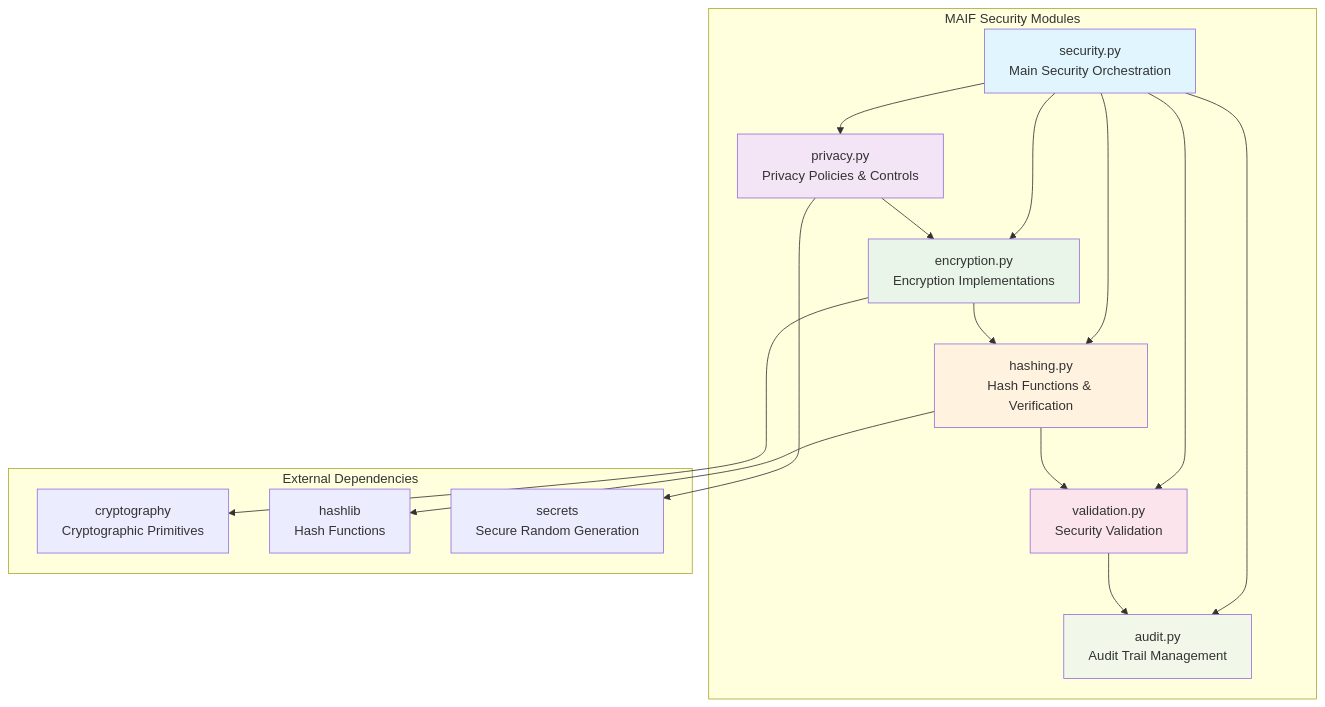
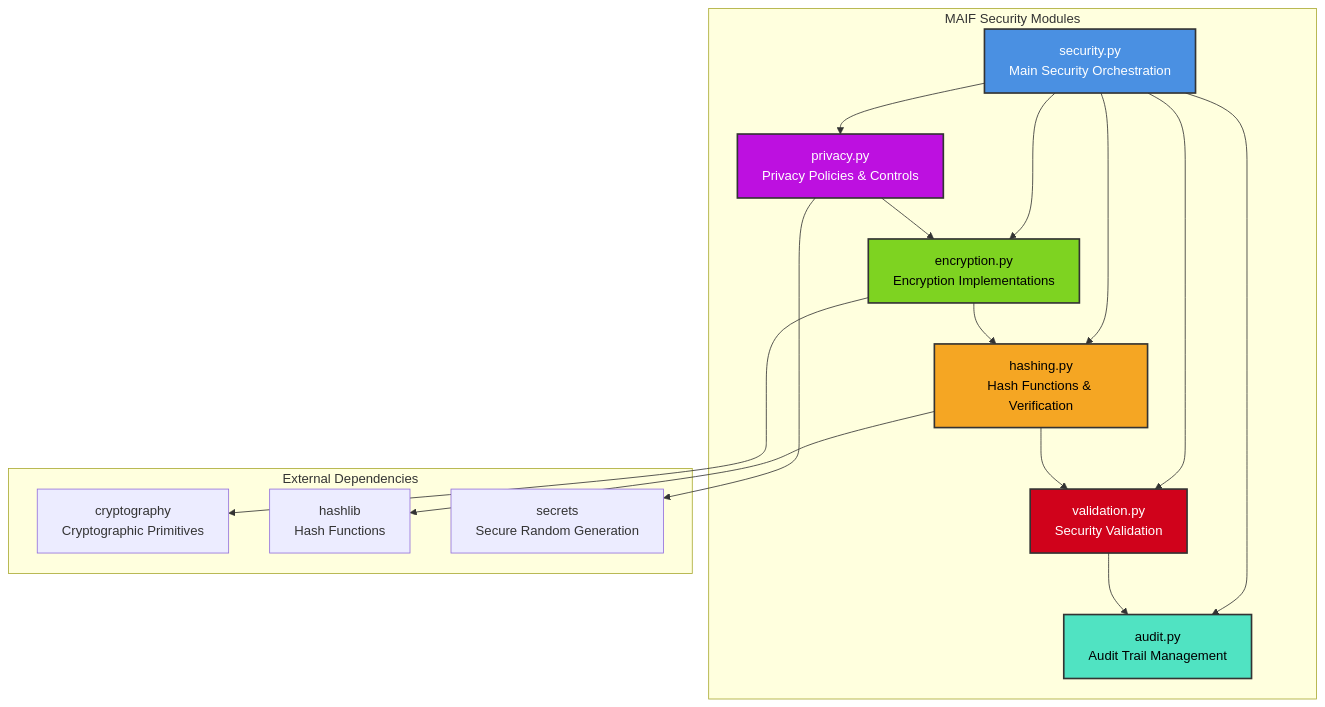
Before and after one commit to mbhatt1/maifscratch: diagram 12 of 24 in SECURITY_SPECIFICATION.md, drawn with Mermaid. The commit also changed other lines of this file, not shown here.

````diff
--- a/SECURITY_SPECIFICATION.md
+++ b/SECURITY_SPECIFICATION.md
@@ -567,39 +567,39 @@
 ```mermaid
 graph TD
     subgraph "MAIF Security Modules"
         A[security.py<br/>Main Security Orchestration]
         B[privacy.py<br/>Privacy Policies & Controls]
         C[encryption.py<br/>Encryption Implementations]
         D[hashing.py<br/>Hash Functions & Verification]
         E[validation.py<br/>Security Validation]
         F[audit.py<br/>Audit Trail Management]
         
         A --> B
         A --> C
         A --> D
         A --> E
         A --> F
         
         B --> C
         C --> D
         D --> E
         E --> F
     end
     
     subgraph "External Dependencies"
         G[cryptography<br/>Cryptographic Primitives]
         H[hashlib<br/>Hash Functions]
         I[secrets<br/>Secure Random Generation]
         
         C --> G
         D --> H
         B --> I
     end
     
-    style A fill:#e1f5fe
-    style B fill:#f3e5f5
-    style C fill:#e8f5e8
-    style D fill:#fff3e0
-    style E fill:#fce4ec
-    style F fill:#f1f8e9
+    style A fill:#4A90E2,stroke:#333,stroke-width:2px,color:#fff
+    style B fill:#BD10E0,stroke:#333,stroke-width:2px,color:#fff
+    style C fill:#7ED321,stroke:#333,stroke-width:2px,color:#000
+    style D fill:#F5A623,stroke:#333,stroke-width:2px,color:#000
+    style E fill:#D0021B,stroke:#333,stroke-width:2px,color:#fff
+    style F fill:#50E3C2,stroke:#333,stroke-width:2px,color:#000
 ```
````
